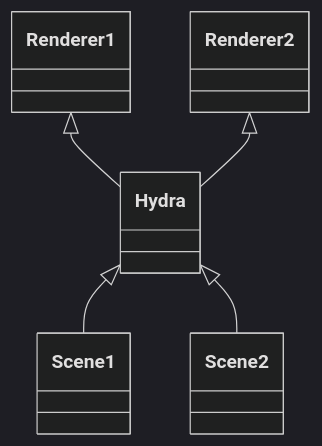
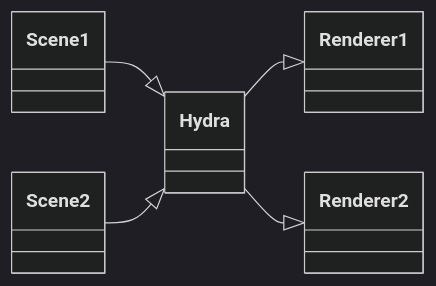
One commit to naoya-horai/documents changed the diagram in docs/pipeline/USD/USD Hydraその1.md. Above: the diagram before and after it, drawn with Mermaid (dark theme). The commit also changed other lines of this file, not shown here.

````diff
--- a/docs/pipeline/USD/USD Hydraその1.md
+++ b/docs/pipeline/USD/USD Hydraその1.md
@@ -18,8 +18,8 @@
 ``` mermaid
 classDiagram
-    direction_rl
+    direction RL
     Hydra <|-- Scene1
     Hydra <|-- Scene2
     Renderer1 <|-- Hydra
     Renderer2 <|-- Hydra
 ```
````
